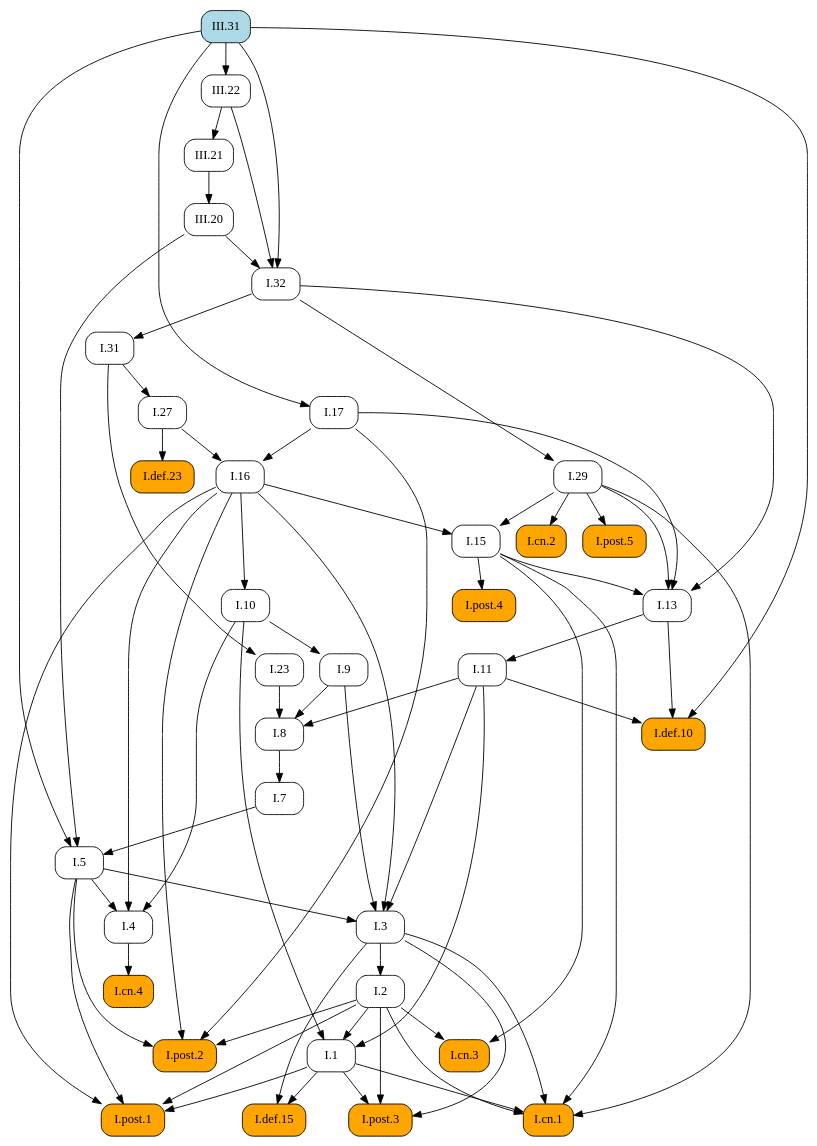
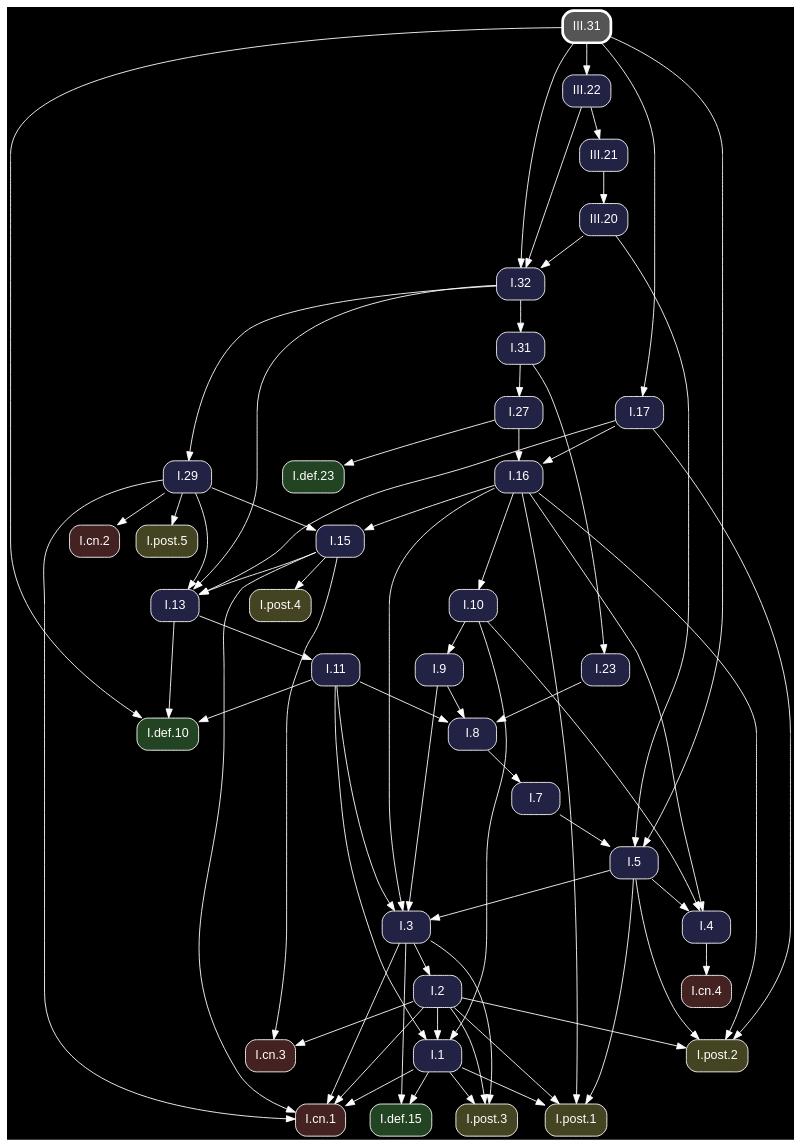
The diagram in docsrc/heath/III/31/index.rst (geometor/elements), drawn with Graphviz before and after one commit. The commit also changed other lines of this file and 1200 other files, not shown here.

Commit message:
update dependency graphs

```diff
--- a/docsrc/heath/III/31/index.rst
+++ b/docsrc/heath/III/31/index.rst
@@ -87,64 +87,49 @@
 .. graphviz::
 
    digraph {
+     bgcolor="black";
+     node [shape=box, style="rounded,filled", fontname="Helvetica", color="white", fontcolor="white"];
+     edge [color="white", fontcolor="white"];
      rankdir="TB";
-     node [shape=box, style=rounded];
-     "I.23" [URL="/heath/I/23/", target="_top"];
-     "I.9" [URL="/heath/I/9/", target="_top"];
-     "I.32" [URL="/heath/I/32/", target="_top"];
-     "I.def.15" [style="rounded,filled", fillcolor=orange, URL="/heath/I/def.15/", target="_top"];
-     "I.post.3" [style="rounded,filled", fillcolor=orange, URL="/heath/I/post.3/", target="_top"];
-     "I.post.1" [style="rounded,filled", fillcolor=orange, URL="/heath/I/post.1/", target="_top"];
-     "III.20" [URL="/heath/III/20/", target="_top"];
-     "I.31" [URL="/heath/I/31/", target="_top"];
-     "III.22" [URL="/heath/III/22/", target="_top"];
-     "I.def.10" [style="rounded,filled", fillcolor=orange, URL="/heath/I/def.10/", target="_top"];
-     "I.27" [URL="/heath/I/27/", target="_top"];
-     "I.3" [URL="/heath/I/3/", target="_top"];
-     "I.cn.1" [style="rounded,filled", fillcolor=orange, URL="/heath/I/cn.1/", target="_top"];
-     "I.7" [URL="/heath/I/7/", target="_top"];
-     "I.2" [URL="/heath/I/2/", target="_top"];
-     "I.13" [URL="/heath/I/13/", target="_top"];
-     "I.post.4" [style="rounded,filled", fillcolor=orange, URL="/heath/I/post.4/", target="_top"];
-     "I.4" [URL="/heath/I/4/", target="_top"];
-     "I.1" [URL="/heath/I/1/", target="_top"];
-     "I.5" [URL="/heath/I/5/", target="_top"];
-     "I.17" [URL="/heath/I/17/", target="_top"];
-     "I.8" [URL="/heath/I/8/", target="_top"];
-     "I.29" [URL="/heath/I/29/", target="_top"];
-     "I.cn.3" [style="rounded,filled", fillcolor=orange, URL="/heath/I/cn.3/", target="_top"];
-     "I.16" [URL="/heath/I/16/", target="_top"];
-     "III.31" [style="rounded,filled", fillcolor=lightblue, URL="/heath/III/31/", target="_top"];
-     "I.15" [URL="/heath/I/15/", target="_top"];
-     "I.10" [URL="/heath/I/10/", target="_top"];
-     "I.11" [URL="/heath/I/11/", target="_top"];
-     "I.def.23" [style="rounded,filled", fillcolor=orange, URL="/heath/I/def.23/", target="_top"];
-     "I.cn.2" [style="rounded,filled", fillcolor=orange, URL="/heath/I/cn.2/", target="_top"];
-     "I.post.5" [style="rounded,filled", fillcolor=orange, URL="/heath/I/post.5/", target="_top"];
-     "III.21" [URL="/heath/III/21/", target="_top"];
-     "I.cn.4" [style="rounded,filled", fillcolor=orange, URL="/heath/I/cn.4/", target="_top"];
-     "I.post.2" [style="rounded,filled", fillcolor=orange, URL="/heath/I/post.2/", target="_top"];
-     "I.31" -> "I.23";
-     "I.10" -> "I.9";
+     "I.31" [fillcolor="#222244", URL="/heath/I/31/", target="_top"];
+     "I.32" [fillcolor="#222244", URL="/heath/I/32/", target="_top"];
+     "I.3" [fillcolor="#222244", URL="/heath/I/3/", target="_top"];
+     "I.cn.1" [fillcolor="#442222", URL="/heath/I/cn.1/", target="_top"];
+     "I.def.10" [fillcolor="#224422", URL="/heath/I/def.10/", target="_top"];
+     "I.15" [fillcolor="#222244", URL="/heath/I/15/", target="_top"];
+     "I.13" [fillcolor="#222244", URL="/heath/I/13/", target="_top"];
+     "I.27" [fillcolor="#222244", URL="/heath/I/27/", target="_top"];
+     "I.2" [fillcolor="#222244", URL="/heath/I/2/", target="_top"];
+     "I.cn.2" [fillcolor="#442222", URL="/heath/I/cn.2/", target="_top"];
+     "I.9" [fillcolor="#222244", URL="/heath/I/9/", target="_top"];
+     "I.1" [fillcolor="#222244", URL="/heath/I/1/", target="_top"];
+     "I.post.5" [fillcolor="#444422", URL="/heath/I/post.5/", target="_top"];
+     "I.post.4" [fillcolor="#444422", URL="/heath/I/post.4/", target="_top"];
+     "I.23" [fillcolor="#222244", URL="/heath/I/23/", target="_top"];
+     "I.8" [fillcolor="#222244", URL="/heath/I/8/", target="_top"];
+     "I.4" [fillcolor="#222244", URL="/heath/I/4/", target="_top"];
+     "I.7" [fillcolor="#222244", URL="/heath/I/7/", target="_top"];
+     "I.5" [fillcolor="#222244", URL="/heath/I/5/", target="_top"];
+     "I.10" [fillcolor="#222244", URL="/heath/I/10/", target="_top"];
+     "III.22" [fillcolor="#222244", URL="/heath/III/22/", target="_top"];
+     "I.post.1" [fillcolor="#444422", URL="/heath/I/post.1/", target="_top"];
+     "I.11" [fillcolor="#222244", URL="/heath/I/11/", target="_top"];
+     "I.16" [fillcolor="#222244", URL="/heath/I/16/", target="_top"];
+     "I.cn.3" [fillcolor="#442222", URL="/heath/I/cn.3/", target="_top"];
+     "III.21" [fillcolor="#222244", URL="/heath/III/21/", target="_top"];
+     "I.post.2" [fillcolor="#444422", URL="/heath/I/post.2/", target="_top"];
+     "I.29" [fillcolor="#222244", URL="/heath/I/29/", target="_top"];
+     "I.cn.4" [fillcolor="#442222", URL="/heath/I/cn.4/", target="_top"];
+     "I.def.23" [fillcolor="#224422", URL="/heath/I/def.23/", target="_top"];
+     "III.31" [penwidth=3, color="white", fillcolor="#555555", URL="/heath/III/31/", target="_top"];
+     "I.post.3" [fillcolor="#444422", URL="/heath/I/post.3/", target="_top"];
+     "III.20" [fillcolor="#222244", URL="/heath/III/20/", target="_top"];
+     "I.def.15" [fillcolor="#224422", URL="/heath/I/def.15/", target="_top"];
+     "I.17" [fillcolor="#222244", URL="/heath/I/17/", target="_top"];
+     "I.32" -> "I.31";
      "III.20" -> "I.32";
      "III.22" -> "I.32";
      "III.31" -> "I.32";
-     "I.1" -> "I.def.15";
-     "I.3" -> "I.def.15";
-     "I.1" -> "I.post.3";
-     "I.2" -> "I.post.3";
-     "I.3" -> "I.post.3";
-     "I.1" -> "I.post.1";
-     "I.2" -> "I.post.1";
-     "I.5" -> "I.post.1";
-     "I.16" -> "I.post.1";
-     "III.21" -> "III.20";
-     "I.32" -> "I.31";
-     "III.31" -> "III.22";
-     "I.11" -> "I.def.10";
-     "I.13" -> "I.def.10";
-     "III.31" -> "I.def.10";
-     "I.31" -> "I.27";
      "I.5" -> "I.3";
      "I.9" -> "I.3";
      "I.11" -> "I.3";
@@ -154,42 +139,59 @@
      "I.3" -> "I.cn.1";
      "I.15" -> "I.cn.1";
      "I.29" -> "I.cn.1";
-     "I.8" -> "I.7";
-     "I.3" -> "I.2";
+     "I.11" -> "I.def.10";
+     "I.13" -> "I.def.10";
+     "III.31" -> "I.def.10";
+     "I.16" -> "I.15";
+     "I.29" -> "I.15";
      "I.15" -> "I.13";
      "I.17" -> "I.13";
      "I.29" -> "I.13";
      "I.32" -> "I.13";
+     "I.31" -> "I.27";
+     "I.3" -> "I.2";
+     "I.29" -> "I.cn.2";
+     "I.10" -> "I.9";
+     "I.2" -> "I.1";
+     "I.10" -> "I.1";
+     "I.11" -> "I.1";
+     "I.29" -> "I.post.5";
      "I.15" -> "I.post.4";
+     "I.31" -> "I.23";
+     "I.9" -> "I.8";
+     "I.11" -> "I.8";
+     "I.23" -> "I.8";
      "I.5" -> "I.4";
      "I.10" -> "I.4";
      "I.16" -> "I.4";
-     "I.2" -> "I.1";
-     "I.10" -> "I.1";
-     "I.11" -> "I.1";
+     "I.8" -> "I.7";
      "I.7" -> "I.5";
      "III.20" -> "I.5";
      "III.31" -> "I.5";
-     "III.31" -> "I.17";
-     "I.9" -> "I.8";
-     "I.11" -> "I.8";
-     "I.23" -> "I.8";
-     "I.32" -> "I.29";
+     "I.16" -> "I.10";
+     "III.31" -> "III.22";
+     "I.1" -> "I.post.1";
+     "I.2" -> "I.post.1";
+     "I.5" -> "I.post.1";
+     "I.16" -> "I.post.1";
+     "I.13" -> "I.11";
+     "I.17" -> "I.16";
+     "I.27" -> "I.16";
      "I.2" -> "I.cn.3";
      "I.15" -> "I.cn.3";
-     "I.17" -> "I.16";
-     "I.27" -> "I.16";
-     "I.16" -> "I.15";
-     "I.29" -> "I.15";
-     "I.16" -> "I.10";
-     "I.13" -> "I.11";
-     "I.27" -> "I.def.23";
-     "I.29" -> "I.cn.2";
-     "I.29" -> "I.post.5";
      "III.22" -> "III.21";
-     "I.4" -> "I.cn.4";
      "I.2" -> "I.post.2";
      "I.5" -> "I.post.2";
      "I.16" -> "I.post.2";
      "I.17" -> "I.post.2";
+     "I.32" -> "I.29";
+     "I.4" -> "I.cn.4";
+     "I.27" -> "I.def.23";
+     "I.1" -> "I.post.3";
+     "I.2" -> "I.post.3";
+     "I.3" -> "I.post.3";
+     "III.21" -> "III.20";
+     "I.1" -> "I.def.15";
+     "I.3" -> "I.def.15";
+     "III.31" -> "I.17";
    }
```
